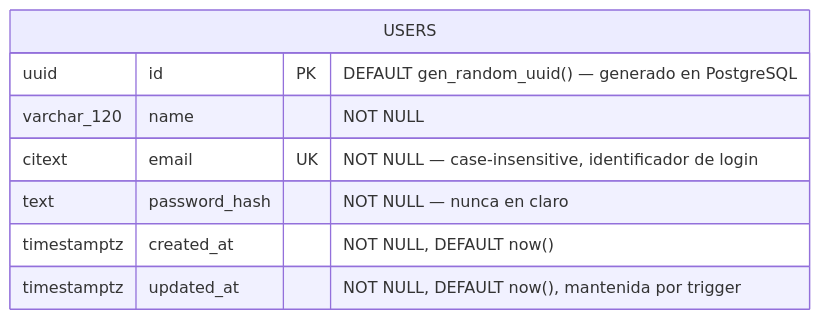
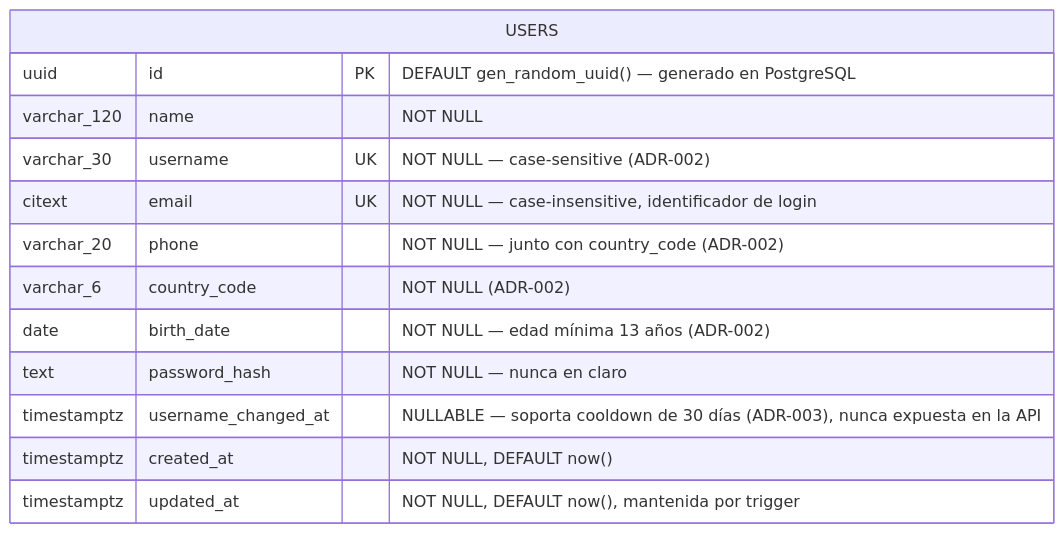
The diagram in docs/architecture/DATABASE_ERD.md (Fernandito41/THERS_REDSOCIAL), drawn with Mermaid before and after one commit. The commit also changed other lines of this file and 2 other files, not shown here.

First line of the commit message:
docs(architecture): sync DATABASE_ARCHITECTURE/ERD with real backend state

````diff
--- a/docs/architecture/DATABASE_ERD.md
+++ b/docs/architecture/DATABASE_ERD.md
@@ -38,11 +40,16 @@
 ```mermaid
 erDiagram
     USERS {
         uuid id PK "DEFAULT gen_random_uuid() — generado en PostgreSQL"
         varchar_120 name "NOT NULL"
+        varchar_30 username UK "NOT NULL — case-sensitive (ADR-002)"
         citext email UK "NOT NULL — case-insensitive, identificador de login"
+        varchar_20 phone "NOT NULL — junto con country_code (ADR-002)"
+        varchar_6 country_code "NOT NULL (ADR-002)"
+        date birth_date "NOT NULL — edad mínima 13 años (ADR-002)"
         text password_hash "NOT NULL — nunca en claro"
+        timestamptz username_changed_at "NULLABLE — soporta cooldown de 30 días (ADR-003), nunca expuesta en la API"
         timestamptz created_at "NOT NULL, DEFAULT now()"
         timestamptz updated_at "NOT NULL, DEFAULT now(), mantenida por trigger"
     }
 ```
````
